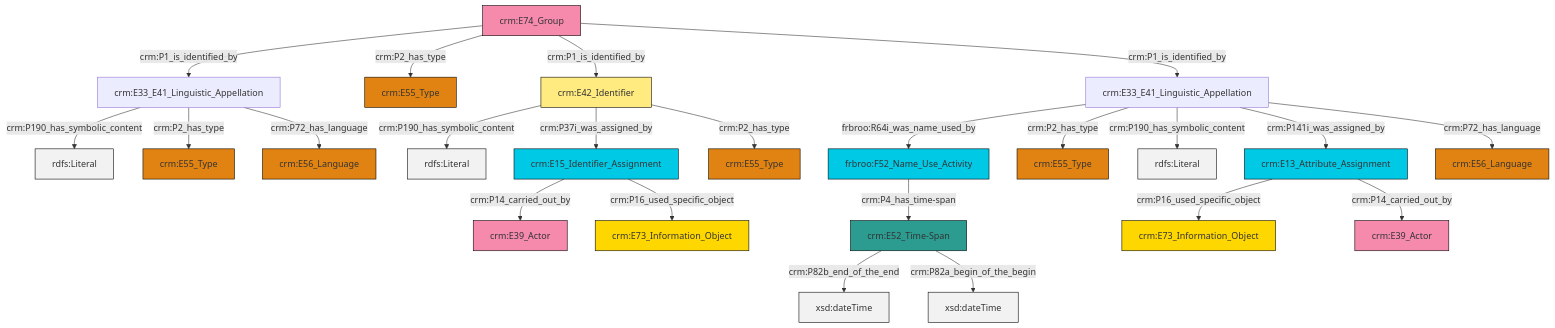
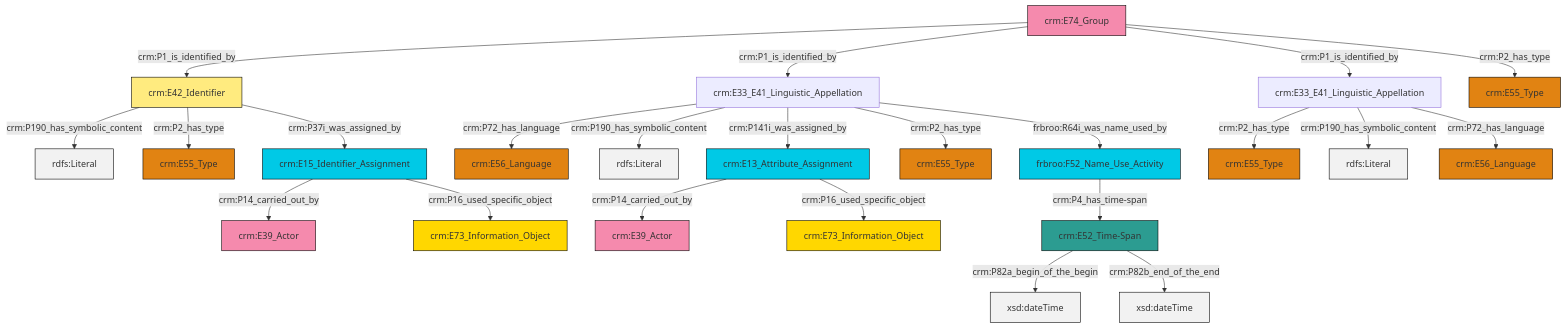
One commit to swiss-art-research-net/docs.swissartresearch changed the diagram in et/groupCSV/ttl/mmd/group_name.ttl.mmd. Above: the diagram before and after it, drawn with Mermaid. The commit also changed 176 other files, not shown here.

```diff
--- a/et/groupCSV/ttl/mmd/group_name.ttl.mmd
+++ b/et/groupCSV/ttl/mmd/group_name.ttl.mmd
@@ -1,37 +1,37 @@
 graph TD
 classDef Literal fill:#f2f2f2,stroke:#000000;
 classDef CRM_Entity fill:#FFFFFF,stroke:#000000;
 classDef Temporal_Entity fill:#00C9E6, stroke:#000000;
 classDef Type fill:#E18312, stroke:#000000;
 classDef Time-Span fill:#2C9C91, stroke:#000000;
 classDef Appellation fill:#FFEB7F, stroke:#000000;
 classDef Place fill:#008836, stroke:#000000;
 classDef Persistent_Item fill:#B266B2, stroke:#000000;
 classDef Conceptual_Object fill:#FFD700, stroke:#000000;
 classDef Physical_Thing fill:#D2B48C, stroke:#000000;
 classDef Actor fill:#f58aad, stroke:#000000;
 classDef PC_Classes fill:#4ce600, stroke:#000000;
 classDef Multi fill:#cccccc,stroke:#000000;
 
-2["crm:E33_E41_Linguistic_Appellation"]:::Default -->|frbroo:R64i_was_name_used_by| 3["frbroo:F52_Name_Use_Activity"]:::Temporal_Entity
-4["crm:E15_Identifier_Assignment"]:::Temporal_Entity -->|crm:P14_carried_out_by| 5["crm:E39_Actor"]:::Actor
-11["crm:E52_Time-Span"]:::Time-Span -->|crm:P82b_end_of_the_end| 12[xsd:dateTime]:::Literal
-13["crm:E33_E41_Linguistic_Appellation"]:::Default -->|crm:P190_has_symbolic_content| 14[rdfs:Literal]:::Literal
-4["crm:E15_Identifier_Assignment"]:::Temporal_Entity -->|crm:P16_used_specific_object| 0["crm:E73_Information_Object"]:::Conceptual_Object
-19["crm:E42_Identifier"]:::Appellation -->|crm:P190_has_symbolic_content| 20[rdfs:Literal]:::Literal
-2["crm:E33_E41_Linguistic_Appellation"]:::Default -->|crm:P2_has_type| 23["crm:E55_Type"]:::Type
-2["crm:E33_E41_Linguistic_Appellation"]:::Default -->|crm:P190_has_symbolic_content| 24[rdfs:Literal]:::Literal
-27["crm:E13_Attribute_Assignment"]:::Temporal_Entity -->|crm:P16_used_specific_object| 28["crm:E73_Information_Object"]:::Conceptual_Object
-21["crm:E74_Group"]:::Actor -->|crm:P1_is_identified_by| 13["crm:E33_E41_Linguistic_Appellation"]:::Default
-21["crm:E74_Group"]:::Actor -->|crm:P2_has_type| 29["crm:E55_Type"]:::Type
-21["crm:E74_Group"]:::Actor -->|crm:P1_is_identified_by| 19["crm:E42_Identifier"]:::Appellation
-19["crm:E42_Identifier"]:::Appellation -->|crm:P37i_was_assigned_by| 4["crm:E15_Identifier_Assignment"]:::Temporal_Entity
-2["crm:E33_E41_Linguistic_Appellation"]:::Default -->|crm:P141i_was_assigned_by| 27["crm:E13_Attribute_Assignment"]:::Temporal_Entity
-27["crm:E13_Attribute_Assignment"]:::Temporal_Entity -->|crm:P14_carried_out_by| 15["crm:E39_Actor"]:::Actor
-2["crm:E33_E41_Linguistic_Appellation"]:::Default -->|crm:P72_has_language| 33["crm:E56_Language"]:::Type
-19["crm:E42_Identifier"]:::Appellation -->|crm:P2_has_type| 9["crm:E55_Type"]:::Type
-21["crm:E74_Group"]:::Actor -->|crm:P1_is_identified_by| 2["crm:E33_E41_Linguistic_Appellation"]:::Default
-3["frbroo:F52_Name_Use_Activity"]:::Temporal_Entity -->|crm:P4_has_time-span| 11["crm:E52_Time-Span"]:::Time-Span
-13["crm:E33_E41_Linguistic_Appellation"]:::Default -->|crm:P2_has_type| 30["crm:E55_Type"]:::Type
-11["crm:E52_Time-Span"]:::Time-Span -->|crm:P82a_begin_of_the_begin| 35[xsd:dateTime]:::Literal
-13["crm:E33_E41_Linguistic_Appellation"]:::Default -->|crm:P72_has_language| 7["crm:E56_Language"]:::Type
+2["crm:E74_Group"]:::Actor -->|crm:P1_is_identified_by| 3["crm:E42_Identifier"]:::Appellation
+4["crm:E52_Time-Span"]:::Time-Span -->|crm:P82a_begin_of_the_begin| 6[xsd:dateTime]:::Literal
+13["frbroo:F52_Name_Use_Activity"]:::Temporal_Entity -->|crm:P4_has_time-span| 4["crm:E52_Time-Span"]:::Time-Span
+14["crm:E33_E41_Linguistic_Appellation"]:::Default -->|crm:P72_has_language| 15["crm:E56_Language"]:::Type
+4["crm:E52_Time-Span"]:::Time-Span -->|crm:P82b_end_of_the_end| 16[xsd:dateTime]:::Literal
+3["crm:E42_Identifier"]:::Appellation -->|crm:P190_has_symbolic_content| 23[rdfs:Literal]:::Literal
+24["crm:E33_E41_Linguistic_Appellation"]:::Default -->|crm:P2_has_type| 17["crm:E55_Type"]:::Type
+14["crm:E33_E41_Linguistic_Appellation"]:::Default -->|crm:P190_has_symbolic_content| 28[rdfs:Literal]:::Literal
+3["crm:E42_Identifier"]:::Appellation -->|crm:P2_has_type| 11["crm:E55_Type"]:::Type
+24["crm:E33_E41_Linguistic_Appellation"]:::Default -->|crm:P190_has_symbolic_content| 30[rdfs:Literal]:::Literal
+31["crm:E15_Identifier_Assignment"]:::Temporal_Entity -->|crm:P14_carried_out_by| 7["crm:E39_Actor"]:::Actor
+25["crm:E13_Attribute_Assignment"]:::Temporal_Entity -->|crm:P14_carried_out_by| 32["crm:E39_Actor"]:::Actor
+14["crm:E33_E41_Linguistic_Appellation"]:::Default -->|crm:P141i_was_assigned_by| 25["crm:E13_Attribute_Assignment"]:::Temporal_Entity
+25["crm:E13_Attribute_Assignment"]:::Temporal_Entity -->|crm:P16_used_specific_object| 21["crm:E73_Information_Object"]:::Conceptual_Object
+31["crm:E15_Identifier_Assignment"]:::Temporal_Entity -->|crm:P16_used_specific_object| 0["crm:E73_Information_Object"]:::Conceptual_Object
+14["crm:E33_E41_Linguistic_Appellation"]:::Default -->|crm:P2_has_type| 9["crm:E55_Type"]:::Type
+2["crm:E74_Group"]:::Actor -->|crm:P1_is_identified_by| 14["crm:E33_E41_Linguistic_Appellation"]:::Default
+2["crm:E74_Group"]:::Actor -->|crm:P1_is_identified_by| 24["crm:E33_E41_Linguistic_Appellation"]:::Default
+2["crm:E74_Group"]:::Actor -->|crm:P2_has_type| 37["crm:E55_Type"]:::Type
+24["crm:E33_E41_Linguistic_Appellation"]:::Default -->|crm:P72_has_language| 19["crm:E56_Language"]:::Type
+14["crm:E33_E41_Linguistic_Appellation"]:::Default -->|frbroo:R64i_was_name_used_by| 13["frbroo:F52_Name_Use_Activity"]:::Temporal_Entity
+3["crm:E42_Identifier"]:::Appellation -->|crm:P37i_was_assigned_by| 31["crm:E15_Identifier_Assignment"]:::Temporal_Entity
```
